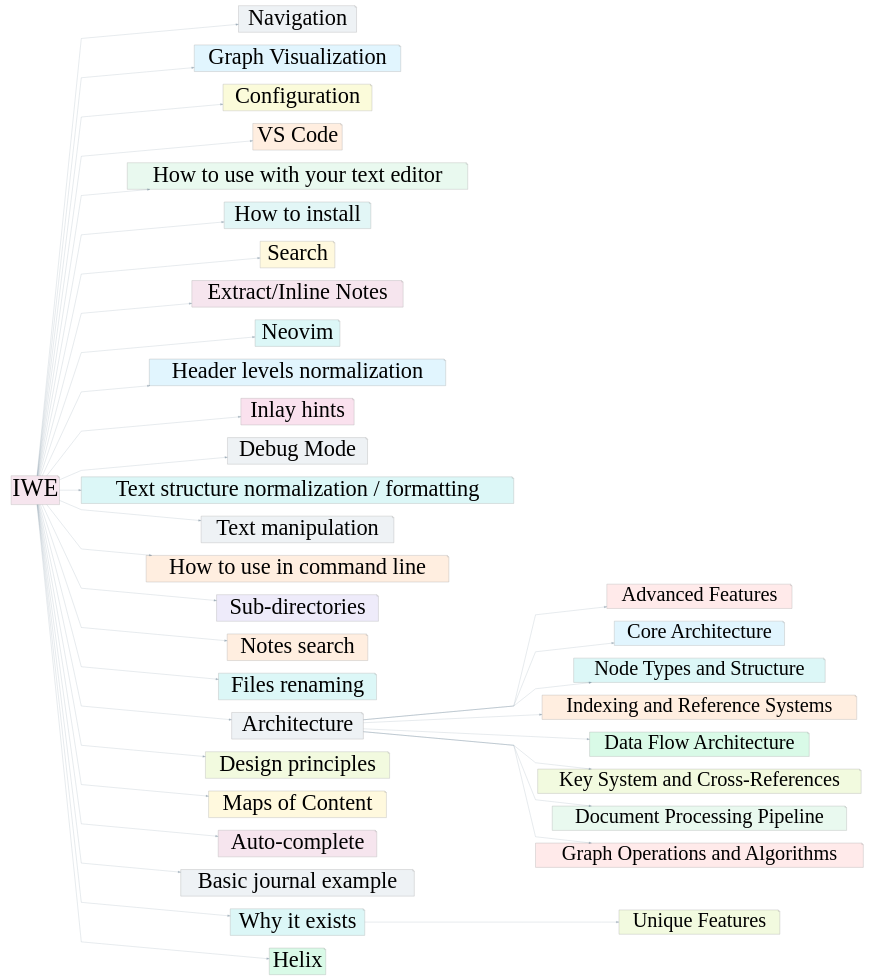
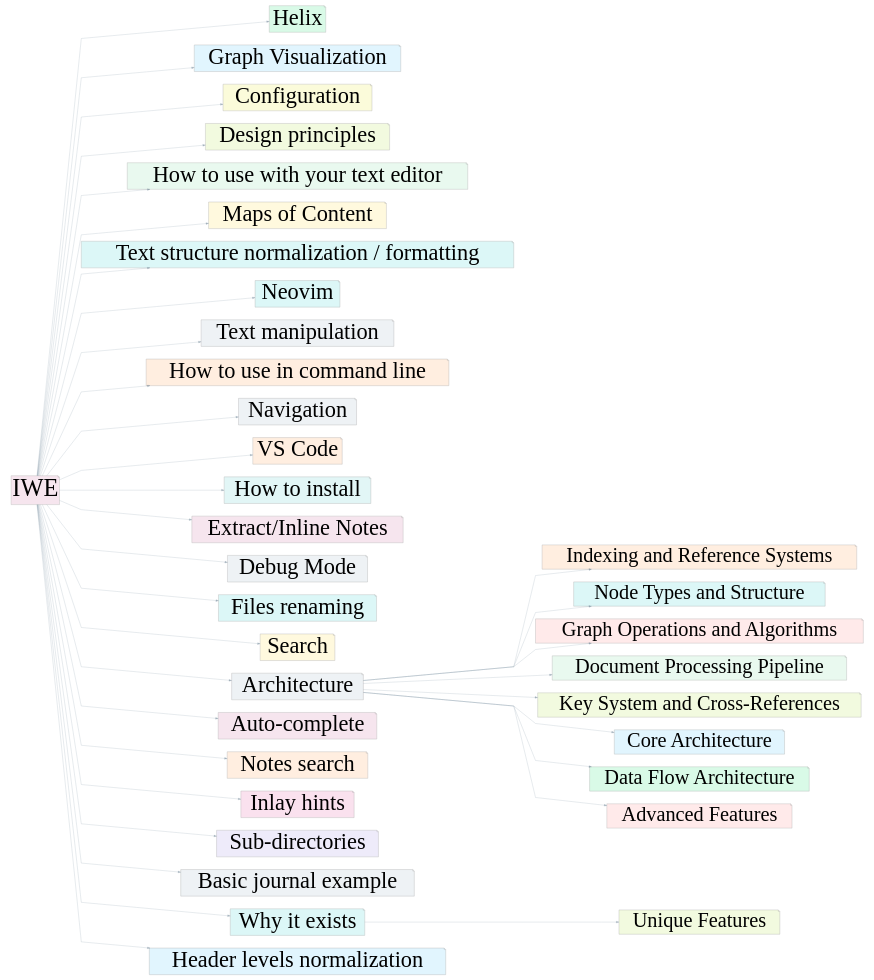
One commit to iwe-org/iwe changed the diagram in docs/docs-basic.dot. Above: the diagram before and after it, drawn with Graphviz. The commit also changed other lines of this file and 1 other file, not shown here.

```diff
--- a/docs/docs-basic.dot
+++ b/docs/docs-basic.dot
@@ -1,79 +1,79 @@
 digraph G {
   rankdir=LR
   fontname=Verdana
   fontsize=13
   nodesep=0.7
   splines=polyline
   pad="0.5,0.2"
   ranksep=1.2
   overlap=false
-  677[label="IWE",fillcolor="#f6e5ee",fontsize=96,fontname=Verdana,color="#b3b3b3",penwidth=1.5,shape=note,style=filled]
-  230[label="Navigation",fillcolor="#eef2f5",fontsize=88,fontname=Verdana,color="#b3b3b3",penwidth=1.5,shape=note,style=filled]
-  509[label="Advanced Features",fillcolor="#ffeaea",fontsize=80,fontname=Verdana,color="#b3b3b3",penwidth=1.5,shape=note,style=filled]
-  134[label="Core Architecture",fillcolor="#e1f5fe",fontsize=80,fontname=Verdana,color="#b3b3b3",penwidth=1.5,shape=note,style=filled]
+  536[label="Helix",fillcolor="#d9fae7",fontsize=88,fontname=Verdana,color="#b3b3b3",penwidth=1.5,shape=note,style=filled]
   293[label="Graph Visualization",fillcolor="#e1f5fe",fontsize=88,fontname=Verdana,color="#b3b3b3",penwidth=1.5,shape=note,style=filled]
   78[label="Configuration",fillcolor="#fbfbda",fontsize=88,fontname=Verdana,color="#b3b3b3",penwidth=1.5,shape=note,style=filled]
+  156[label="Design principles",fillcolor="#f2fadf",fontsize=88,fontname=Verdana,color="#b3b3b3",penwidth=1.5,shape=note,style=filled]
+  562[label="How to use with your text editor",fillcolor="#e9f9ef",fontsize=88,fontname=Verdana,color="#b3b3b3",penwidth=1.5,shape=note,style=filled]
+  748[label="Maps of Content",fillcolor="#fff9de",fontsize=88,fontname=Verdana,color="#b3b3b3",penwidth=1.5,shape=note,style=filled]
+  710[label="Indexing and Reference Systems",fillcolor="#ffeee0",fontsize=80,fontname=Verdana,color="#b3b3b3",penwidth=1.5,shape=note,style=filled]
+  204[label="Text structure normalization / formatting",fillcolor="#dcf7f7",fontsize=88,fontname=Verdana,color="#b3b3b3",penwidth=1.5,shape=note,style=filled]
+  800[label="Neovim",fillcolor="#dcf7f7",fontsize=88,fontname=Verdana,color="#b3b3b3",penwidth=1.5,shape=note,style=filled]
+  287[label="Text manipulation",fillcolor="#eef2f5",fontsize=88,fontname=Verdana,color="#b3b3b3",penwidth=1.5,shape=note,style=filled]
   991[label="Node Types and Structure",fillcolor="#dcf7f7",fontsize=80,fontname=Verdana,color="#b3b3b3",penwidth=1.5,shape=note,style=filled]
+  366[label="How to use in command line",fillcolor="#ffeee0",fontsize=88,fontname=Verdana,color="#b3b3b3",penwidth=1.5,shape=note,style=filled]
+  230[label="Navigation",fillcolor="#eef2f5",fontsize=88,fontname=Verdana,color="#b3b3b3",penwidth=1.5,shape=note,style=filled]
+  677[label="IWE",fillcolor="#f6e5ee",fontsize=96,fontname=Verdana,color="#b3b3b3",penwidth=1.5,shape=note,style=filled]
   1016[label="VS Code",fillcolor="#ffeee0",fontsize=88,fontname=Verdana,color="#b3b3b3",penwidth=1.5,shape=note,style=filled]
-  562[label="How to use with your text editor",fillcolor="#e9f9ef",fontsize=88,fontname=Verdana,color="#b3b3b3",penwidth=1.5,shape=note,style=filled]
   549[label="How to install",fillcolor="#e2f6f6",fontsize=88,fontname=Verdana,color="#b3b3b3",penwidth=1.5,shape=note,style=filled]
+  498[label="Graph Operations and Algorithms",fillcolor="#ffeaea",fontsize=80,fontname=Verdana,color="#b3b3b3",penwidth=1.5,shape=note,style=filled]
+  166[label="Document Processing Pipeline",fillcolor="#e9f9ef",fontsize=80,fontname=Verdana,color="#b3b3b3",penwidth=1.5,shape=note,style=filled]
+  215[label="Extract/Inline Notes",fillcolor="#f6e5ee",fontsize=88,fontname=Verdana,color="#b3b3b3",penwidth=1.5,shape=note,style=filled]
+  152[label="Debug Mode",fillcolor="#eef2f5",fontsize=88,fontname=Verdana,color="#b3b3b3",penwidth=1.5,shape=note,style=filled]
+  254[label="Files renaming",fillcolor="#dcf7f7",fontsize=88,fontname=Verdana,color="#b3b3b3",penwidth=1.5,shape=note,style=filled]
   247[label="Search",fillcolor="#fff9de",fontsize=88,fontname=Verdana,color="#b3b3b3",penwidth=1.5,shape=note,style=filled]
-  215[label="Extract/Inline Notes",fillcolor="#f6e5ee",fontsize=88,fontname=Verdana,color="#b3b3b3",penwidth=1.5,shape=note,style=filled]
-  800[label="Neovim",fillcolor="#dcf7f7",fontsize=88,fontname=Verdana,color="#b3b3b3",penwidth=1.5,shape=note,style=filled]
+  1[label="Architecture",fillcolor="#eef2f5",fontsize=88,fontname=Verdana,color="#b3b3b3",penwidth=1.5,shape=note,style=filled]
+  12[label="Unique Features",fillcolor="#f2fadf",fontsize=80,fontname=Verdana,color="#b3b3b3",penwidth=1.5,shape=note,style=filled]
+  212[label="Auto-complete",fillcolor="#f6e5ee",fontsize=88,fontname=Verdana,color="#b3b3b3",penwidth=1.5,shape=note,style=filled]
+  730[label="Key System and Cross-References",fillcolor="#f2fadf",fontsize=80,fontname=Verdana,color="#b3b3b3",penwidth=1.5,shape=note,style=filled]
+  257[label="Notes search",fillcolor="#ffeee0",fontsize=88,fontname=Verdana,color="#b3b3b3",penwidth=1.5,shape=note,style=filled]
+  226[label="Inlay hints",fillcolor="#fae1ee",fontsize=88,fontname=Verdana,color="#b3b3b3",penwidth=1.5,shape=note,style=filled]
+  265[label="Sub-directories",fillcolor="#eeebfa",fontsize=88,fontname=Verdana,color="#b3b3b3",penwidth=1.5,shape=note,style=filled]
+  183[label="Basic journal example",fillcolor="#eef2f5",fontsize=88,fontname=Verdana,color="#b3b3b3",penwidth=1.5,shape=note,style=filled]
+  134[label="Core Architecture",fillcolor="#e1f5fe",fontsize=80,fontname=Verdana,color="#b3b3b3",penwidth=1.5,shape=note,style=filled]
+  1158[label="Why it exists",fillcolor="#dcf7f7",fontsize=88,fontname=Verdana,color="#b3b3b3",penwidth=1.5,shape=note,style=filled]
   236[label="Header levels normalization",fillcolor="#e1f5fe",fontsize=88,fontname=Verdana,color="#b3b3b3",penwidth=1.5,shape=note,style=filled]
-  710[label="Indexing and Reference Systems",fillcolor="#ffeee0",fontsize=80,fontname=Verdana,color="#b3b3b3",penwidth=1.5,shape=note,style=filled]
-  226[label="Inlay hints",fillcolor="#fae1ee",fontsize=88,fontname=Verdana,color="#b3b3b3",penwidth=1.5,shape=note,style=filled]
-  152[label="Debug Mode",fillcolor="#eef2f5",fontsize=88,fontname=Verdana,color="#b3b3b3",penwidth=1.5,shape=note,style=filled]
-  12[label="Unique Features",fillcolor="#f2fadf",fontsize=80,fontname=Verdana,color="#b3b3b3",penwidth=1.5,shape=note,style=filled]
-  204[label="Text structure normalization / formatting",fillcolor="#dcf7f7",fontsize=88,fontname=Verdana,color="#b3b3b3",penwidth=1.5,shape=note,style=filled]
-  287[label="Text manipulation",fillcolor="#eef2f5",fontsize=88,fontname=Verdana,color="#b3b3b3",penwidth=1.5,shape=note,style=filled]
   109[label="Data Flow Architecture",fillcolor="#d9fae7",fontsize=80,fontname=Verdana,color="#b3b3b3",penwidth=1.5,shape=note,style=filled]
-  730[label="Key System and Cross-References",fillcolor="#f2fadf",fontsize=80,fontname=Verdana,color="#b3b3b3",penwidth=1.5,shape=note,style=filled]
-  366[label="How to use in command line",fillcolor="#ffeee0",fontsize=88,fontname=Verdana,color="#b3b3b3",penwidth=1.5,shape=note,style=filled]
-  166[label="Document Processing Pipeline",fillcolor="#e9f9ef",fontsize=80,fontname=Verdana,color="#b3b3b3",penwidth=1.5,shape=note,style=filled]
-  265[label="Sub-directories",fillcolor="#eeebfa",fontsize=88,fontname=Verdana,color="#b3b3b3",penwidth=1.5,shape=note,style=filled]
-  257[label="Notes search",fillcolor="#ffeee0",fontsize=88,fontname=Verdana,color="#b3b3b3",penwidth=1.5,shape=note,style=filled]
-  254[label="Files renaming",fillcolor="#dcf7f7",fontsize=88,fontname=Verdana,color="#b3b3b3",penwidth=1.5,shape=note,style=filled]
-  1[label="Architecture",fillcolor="#eef2f5",fontsize=88,fontname=Verdana,color="#b3b3b3",penwidth=1.5,shape=note,style=filled]
-  156[label="Design principles",fillcolor="#f2fadf",fontsize=88,fontname=Verdana,color="#b3b3b3",penwidth=1.5,shape=note,style=filled]
-  498[label="Graph Operations and Algorithms",fillcolor="#ffeaea",fontsize=80,fontname=Verdana,color="#b3b3b3",penwidth=1.5,shape=note,style=filled]
-  748[label="Maps of Content",fillcolor="#fff9de",fontsize=88,fontname=Verdana,color="#b3b3b3",penwidth=1.5,shape=note,style=filled]
-  212[label="Auto-complete",fillcolor="#f6e5ee",fontsize=88,fontname=Verdana,color="#b3b3b3",penwidth=1.5,shape=note,style=filled]
-  183[label="Basic journal example",fillcolor="#eef2f5",fontsize=88,fontname=Verdana,color="#b3b3b3",penwidth=1.5,shape=note,style=filled]
-  1158[label="Why it exists",fillcolor="#dcf7f7",fontsize=88,fontname=Verdana,color="#b3b3b3",penwidth=1.5,shape=note,style=filled]
-  536[label="Helix",fillcolor="#d9fae7",fontsize=88,fontname=Verdana,color="#b3b3b3",penwidth=1.5,shape=note,style=filled]
+  509[label="Advanced Features",fillcolor="#ffeaea",fontsize=80,fontname=Verdana,color="#b3b3b3",penwidth=1.5,shape=note,style=filled]
+  677 -> 226 [color="#38546c66",arrowhead=normal,penwidth=1.2]
+  677 -> 215 [color="#38546c66",arrowhead=normal,penwidth=1.2]
+  677 -> 212 [color="#38546c66",arrowhead=normal,penwidth=1.2]
+  677 -> 287 [color="#38546c66",arrowhead=normal,penwidth=1.2]
+  677 -> 562 [color="#38546c66",arrowhead=normal,penwidth=1.2]
+  677 -> 1 [color="#38546c66",arrowhead=normal,penwidth=1.2]
+  677 -> 748 [color="#38546c66",arrowhead=normal,penwidth=1.2]
+  677 -> 257 [color="#38546c66",arrowhead=normal,penwidth=1.2]
+  677 -> 254 [color="#38546c66",arrowhead=normal,penwidth=1.2]
+  677 -> 156 [color="#38546c66",arrowhead=normal,penwidth=1.2]
+  677 -> 800 [color="#38546c66",arrowhead=normal,penwidth=1.2]
   677 -> 549 [color="#38546c66",arrowhead=normal,penwidth=1.2]
-  677 -> 257 [color="#38546c66",arrowhead=normal,penwidth=1.2]
   677 -> 536 [color="#38546c66",arrowhead=normal,penwidth=1.2]
-  677 -> 156 [color="#38546c66",arrowhead=normal,penwidth=1.2]
-  677 -> 1 [color="#38546c66",arrowhead=normal,penwidth=1.2]
+  677 -> 230 [color="#38546c66",arrowhead=normal,penwidth=1.2]
+  677 -> 1016 [color="#38546c66",arrowhead=normal,penwidth=1.2]
+  677 -> 152 [color="#38546c66",arrowhead=normal,penwidth=1.2]
+  677 -> 204 [color="#38546c66",arrowhead=normal,penwidth=1.2]
+  677 -> 183 [color="#38546c66",arrowhead=normal,penwidth=1.2]
+  677 -> 293 [color="#38546c66",arrowhead=normal,penwidth=1.2]
+  677 -> 78 [color="#38546c66",arrowhead=normal,penwidth=1.2]
+  677 -> 1158 [color="#38546c66",arrowhead=normal,penwidth=1.2]
+  677 -> 265 [color="#38546c66",arrowhead=normal,penwidth=1.2]
+  677 -> 247 [color="#38546c66",arrowhead=normal,penwidth=1.2]
+  677 -> 236 [color="#38546c66",arrowhead=normal,penwidth=1.2]
   677 -> 366 [color="#38546c66",arrowhead=normal,penwidth=1.2]
-  677 -> 293 [color="#38546c66",arrowhead=normal,penwidth=1.2]
-  677 -> 247 [color="#38546c66",arrowhead=normal,penwidth=1.2]
-  677 -> 204 [color="#38546c66",arrowhead=normal,penwidth=1.2]
-  677 -> 226 [color="#38546c66",arrowhead=normal,penwidth=1.2]
-  677 -> 230 [color="#38546c66",arrowhead=normal,penwidth=1.2]
-  677 -> 212 [color="#38546c66",arrowhead=normal,penwidth=1.2]
-  677 -> 236 [color="#38546c66",arrowhead=normal,penwidth=1.2]
-  677 -> 152 [color="#38546c66",arrowhead=normal,penwidth=1.2]
-  677 -> 562 [color="#38546c66",arrowhead=normal,penwidth=1.2]
-  677 -> 78 [color="#38546c66",arrowhead=normal,penwidth=1.2]
-  677 -> 1016 [color="#38546c66",arrowhead=normal,penwidth=1.2]
-  677 -> 748 [color="#38546c66",arrowhead=normal,penwidth=1.2]
-  677 -> 254 [color="#38546c66",arrowhead=normal,penwidth=1.2]
-  677 -> 287 [color="#38546c66",arrowhead=normal,penwidth=1.2]
-  677 -> 800 [color="#38546c66",arrowhead=normal,penwidth=1.2]
-  677 -> 183 [color="#38546c66",arrowhead=normal,penwidth=1.2]
-  677 -> 1158 [color="#38546c66",arrowhead=normal,penwidth=1.2]
-  677 -> 215 [color="#38546c66",arrowhead=normal,penwidth=1.2]
-  677 -> 265 [color="#38546c66",arrowhead=normal,penwidth=1.2]
+  1 -> 991 [color="#38546c66",arrowhead=normal,penwidth=1.2]
+  1 -> 134 [color="#38546c66",arrowhead=normal,penwidth=1.2]
+  1 -> 509 [color="#38546c66",arrowhead=normal,penwidth=1.2]
+  1 -> 730 [color="#38546c66",arrowhead=normal,penwidth=1.2]
+  1 -> 710 [color="#38546c66",arrowhead=normal,penwidth=1.2]
   1 -> 166 [color="#38546c66",arrowhead=normal,penwidth=1.2]
+  1 -> 498 [color="#38546c66",arrowhead=normal,penwidth=1.2]
   1 -> 109 [color="#38546c66",arrowhead=normal,penwidth=1.2]
-  1 -> 509 [color="#38546c66",arrowhead=normal,penwidth=1.2]
-  1 -> 134 [color="#38546c66",arrowhead=normal,penwidth=1.2]
-  1 -> 730 [color="#38546c66",arrowhead=normal,penwidth=1.2]
-  1 -> 991 [color="#38546c66",arrowhead=normal,penwidth=1.2]
-  1 -> 710 [color="#38546c66",arrowhead=normal,penwidth=1.2]
-  1 -> 498 [color="#38546c66",arrowhead=normal,penwidth=1.2]
   1158 -> 12 [color="#38546c66",arrowhead=normal,penwidth=1.2]
 }
```
